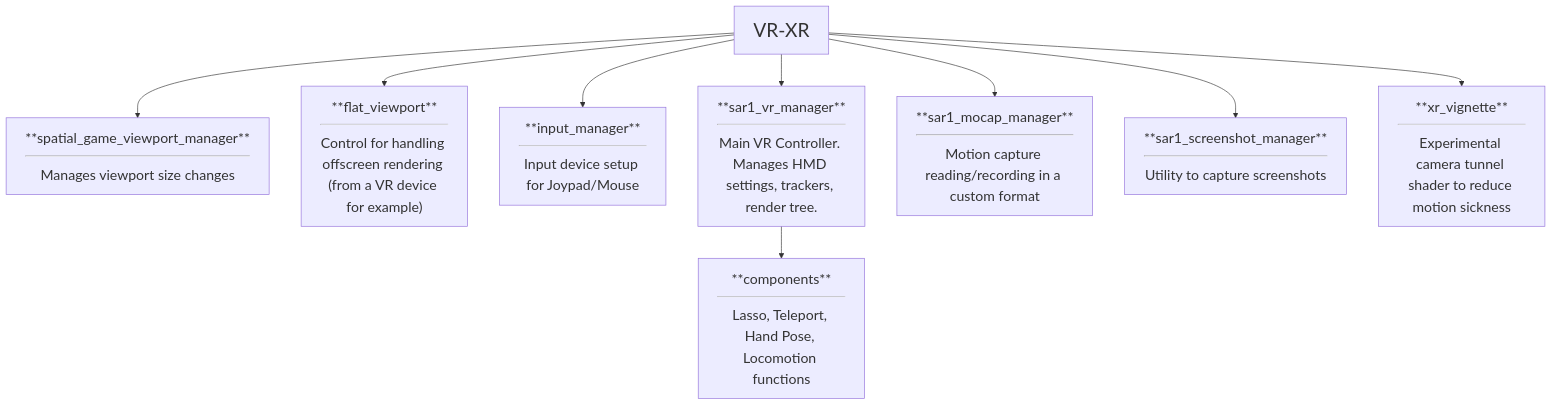
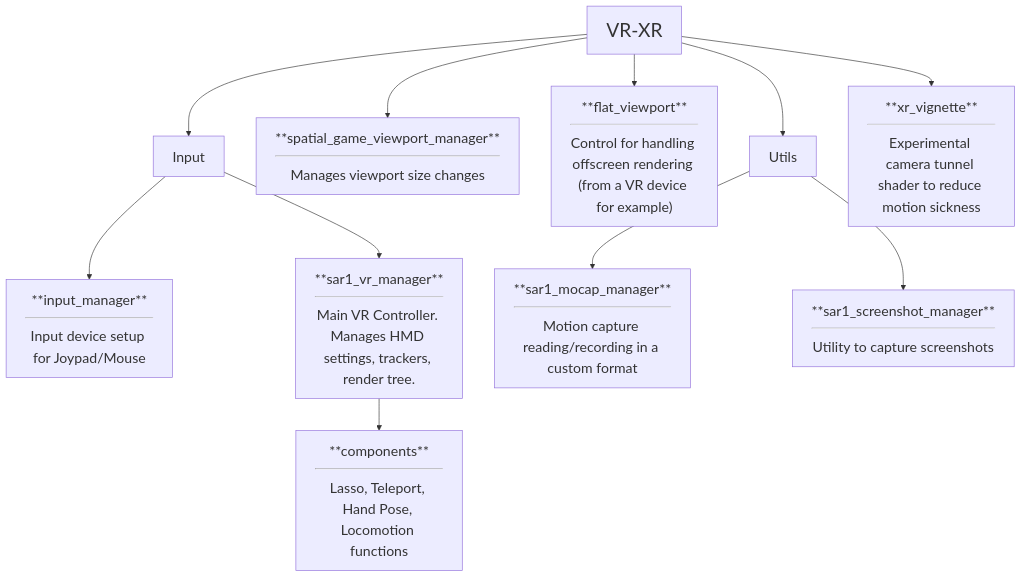
One commit to dragonhunt02/v-sekai-game changed the first of 9 diagrams in test2.md. Above: the diagram before and after it, drawn with Mermaid. The commit also changed other lines of this file, not shown here.

````diff
--- a/test2.md
+++ b/test2.md
@@ -1,15 +1,17 @@
 ```mermaid
 %%{init: {'themeVariables': { 'fontSize': '22px' }}}%%
 flowchart TD
+        VR-XR --> Input
         VR-XR --> addon13[**spatial_game_viewport_manager**<hr>Manages viewport size changes]
         VR-XR --> addon29["**flat_viewport**<hr>Control for handling offscreen rendering (from a VR device for example)"]
-        VR-XR --> addon21[**input_manager**<hr>Input device setup for Joypad/Mouse]
-        VR-XR --> addon20[**sar1_vr_manager**<hr>Main VR Controller. Manages HMD settings, trackers, render tree.]
+        Input --> addon21[**input_manager**<hr>Input device setup for Joypad/Mouse]
+        Input --> addon20[**sar1_vr_manager**<hr>Main VR Controller. Manages HMD settings, trackers, render tree.]
             addon20 --> dir0[**components**<hr>Lasso, Teleport, Hand Pose, Locomotion functions]
-        VR-XR --> addon18[**sar1_mocap_manager**<hr>Motion capture reading/recording in a custom format]
-        VR-XR --> addon19[**sar1_screenshot_manager**<hr>Utility to capture screenshots]
+        VR-XR --> Utils
+        Utils --> addon18[**sar1_mocap_manager**<hr>Motion capture reading/recording in a custom format]
+        Utils --> addon19[**sar1_screenshot_manager**<hr>Utility to capture screenshots]
         VR-XR --> addon0[**xr_vignette**<hr>Experimental camera tunnel shader to reduce motion sickness]
     classDef Category font-size:30px
     class A,B,Actor,Audio,Editor,Entities,Game,UI,Misc,Network,VR-XR,VRM Category
 
 ```
````
